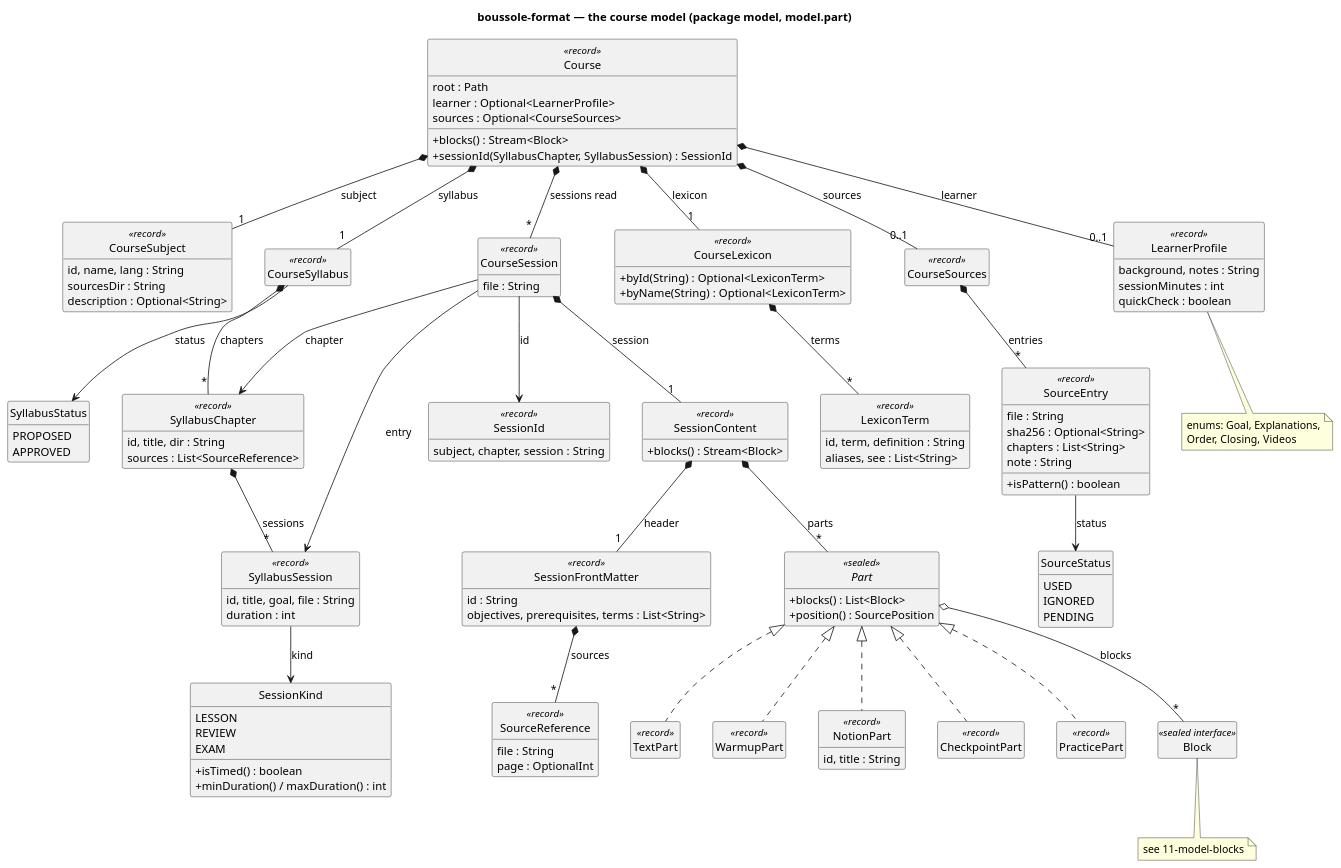
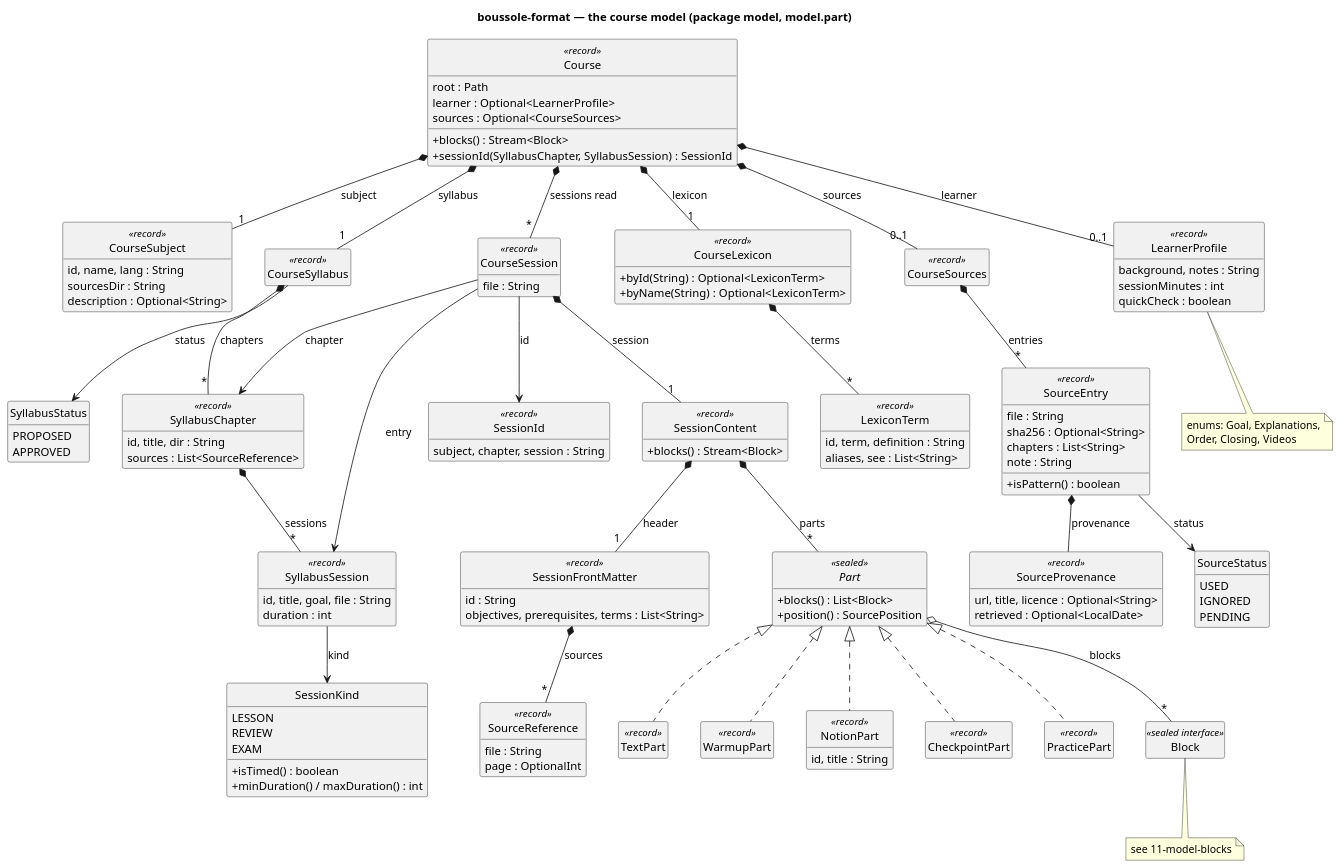
The diagram in docs/diagrams/10-model-course.puml (lucasssoh/Boussole), drawn with PlantUML before and after one commit. The commit also changed 14 other files, not shown here.

First line of the commit message:
Format : cursus/sources.yaml says where a document comes from (url, title, licence, retrieved), and F039 asks for the licence of what comes from the web

```diff
--- a/docs/diagrams/10-model-course.puml
+++ b/docs/diagrams/10-model-course.puml
@@ -1,131 +1,136 @@
 @startuml 10-model-course
 skinparam packageStyle rectangle
 skinparam classAttributeIconSize 0
 skinparam nodesep 40
 skinparam ranksep 50
 hide empty members
 hide circle
 title boussole-format — the course model (package model, model.part)
 
 class Course <<record>> {
   root : Path
   learner : Optional<LearnerProfile>
   sources : Optional<CourseSources>
   +blocks() : Stream<Block>
   +sessionId(SyllabusChapter, SyllabusSession) : SessionId
 }
 class CourseSubject <<record>> {
   id, name, lang : String
   sourcesDir : String
   description : Optional<String>
 }
 class CourseSyllabus <<record>>
 enum SyllabusStatus {
   PROPOSED
   APPROVED
 }
 class SyllabusChapter <<record>> {
   id, title, dir : String
   sources : List<SourceReference>
 }
 class SyllabusSession <<record>> {
   id, title, goal, file : String
   duration : int
 }
 enum SessionKind {
   LESSON
   REVIEW
   EXAM
   +isTimed() : boolean
   +minDuration() / maxDuration() : int
 }
 class SessionId <<record>> {
   subject, chapter, session : String
 }
 class CourseLexicon <<record>> {
   +byId(String) : Optional<LexiconTerm>
   +byName(String) : Optional<LexiconTerm>
 }
 class LexiconTerm <<record>> {
   id, term, definition : String
   aliases, see : List<String>
 }
 class CourseSources <<record>>
 class SourceEntry <<record>> {
   file : String
   sha256 : Optional<String>
   chapters : List<String>
   note : String
   +isPattern() : boolean
 }
+class SourceProvenance <<record>> {
+  url, title, licence : Optional<String>
+  retrieved : Optional<LocalDate>
+}
 enum SourceStatus {
   USED
   IGNORED
   PENDING
 }
 class LearnerProfile <<record>> {
   background, notes : String
   sessionMinutes : int
   quickCheck : boolean
 }
 note bottom of LearnerProfile
   enums: Goal, Explanations,
   Order, Closing, Videos
 end note
 class CourseSession <<record>> {
   file : String
 }
 class SessionContent <<record>> {
   +blocks() : Stream<Block>
 }
 class SessionFrontMatter <<record>> {
   id : String
   objectives, prerequisites, terms : List<String>
 }
 class SourceReference <<record>> {
   file : String
   page : OptionalInt
 }
 
 interface Part <<sealed>> {
   +blocks() : List<Block>
   +position() : SourcePosition
 }
 class TextPart <<record>>
 class WarmupPart <<record>>
 class NotionPart <<record>> {
   id, title : String
 }
 class CheckpointPart <<record>>
 class PracticePart <<record>>
 
 Course *-- "1" CourseSubject : subject
 Course *-- "1" CourseSyllabus : syllabus
 Course *-- "1" CourseLexicon : lexicon
 Course *-- "0..1" LearnerProfile : learner
 Course *-- "0..1" CourseSources : sources
 CourseSources *-- "*" SourceEntry : entries
 SourceEntry --> SourceStatus : status
+SourceEntry *-- SourceProvenance : provenance
 Course *-- "*" CourseSession : sessions read
 CourseSyllabus *-- "*" SyllabusChapter : chapters
 CourseSyllabus --> SyllabusStatus : status
 SyllabusChapter *-- "*" SyllabusSession : sessions
 SyllabusSession --> SessionKind : kind
 CourseLexicon *-- "*" LexiconTerm : terms
 CourseSession --> SessionId : id
 CourseSession --> SyllabusChapter : chapter
 CourseSession --> SyllabusSession : entry
 CourseSession *-- "1" SessionContent : session
 SessionContent *-- "1" SessionFrontMatter : header
 SessionContent *-- "*" Part : parts
 SessionFrontMatter *-- "*" SourceReference : sources
 Part <|.. TextPart
 Part <|.. WarmupPart
 Part <|.. NotionPart
 Part <|.. CheckpointPart
 Part <|.. PracticePart
 Part o-- "*" Block : blocks
 
 class Block <<sealed interface>>
 note bottom of Block : see 11-model-blocks
 @enduml
```
